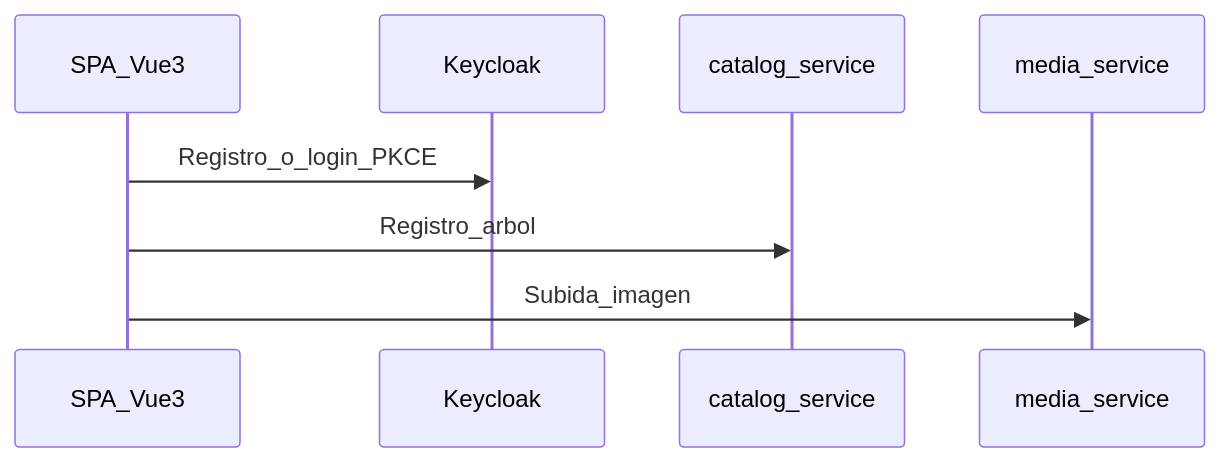
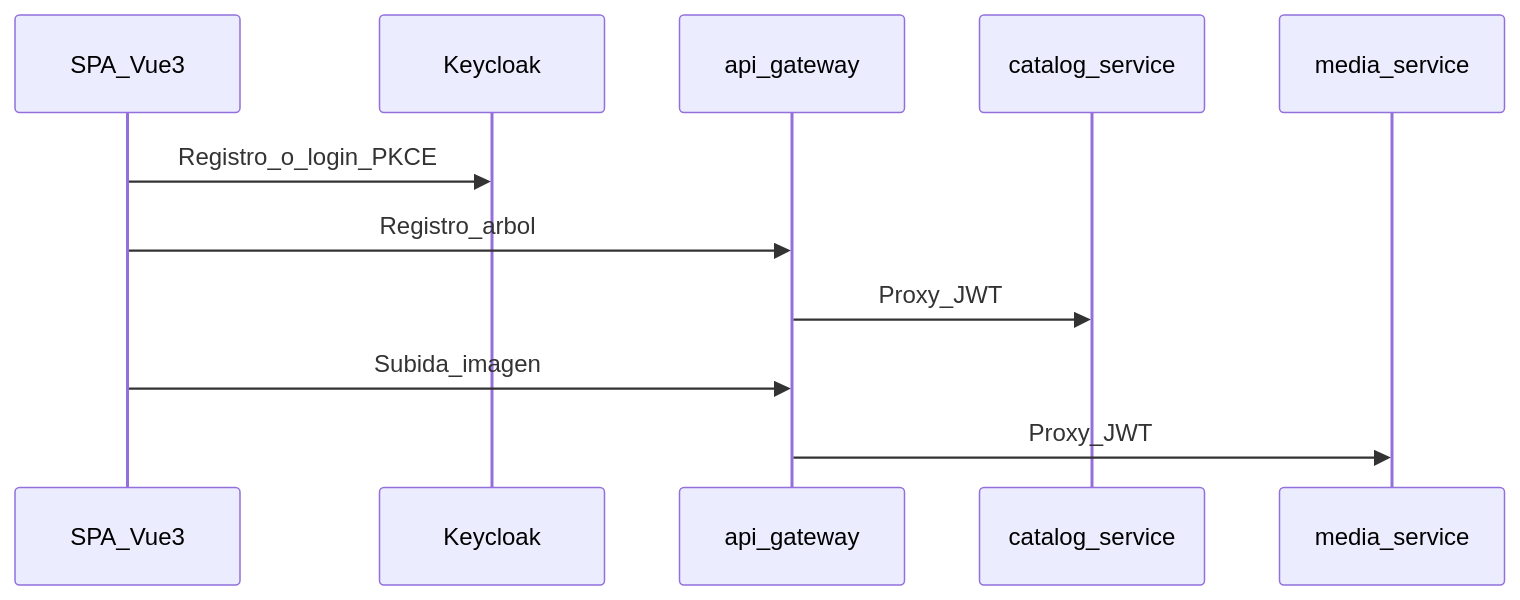
Before and after one commit to LIDR-academy/AI4Devs-finalproject: the sixth of 18 diagrams in readme.md, drawn with Mermaid. The commit also changed other lines of this file and 319 other files, not shown here.

````diff
--- a/readme.md
+++ b/readme.md
@@ -231,10 +361,13 @@
 ```mermaid
 sequenceDiagram
   participant SPA as SPA_Vue3
   participant KC as Keycloak
+  participant GW as api_gateway
   participant CAT as catalog_service
   participant MED as media_service
   SPA->>KC: Registro_o_login_PKCE
-  SPA->>CAT: Registro_arbol
-  SPA->>MED: Subida_imagen
+  SPA->>GW: Registro_arbol
+  GW->>CAT: Proxy_JWT
+  SPA->>GW: Subida_imagen
+  GW->>MED: Proxy_JWT
 ```
````
